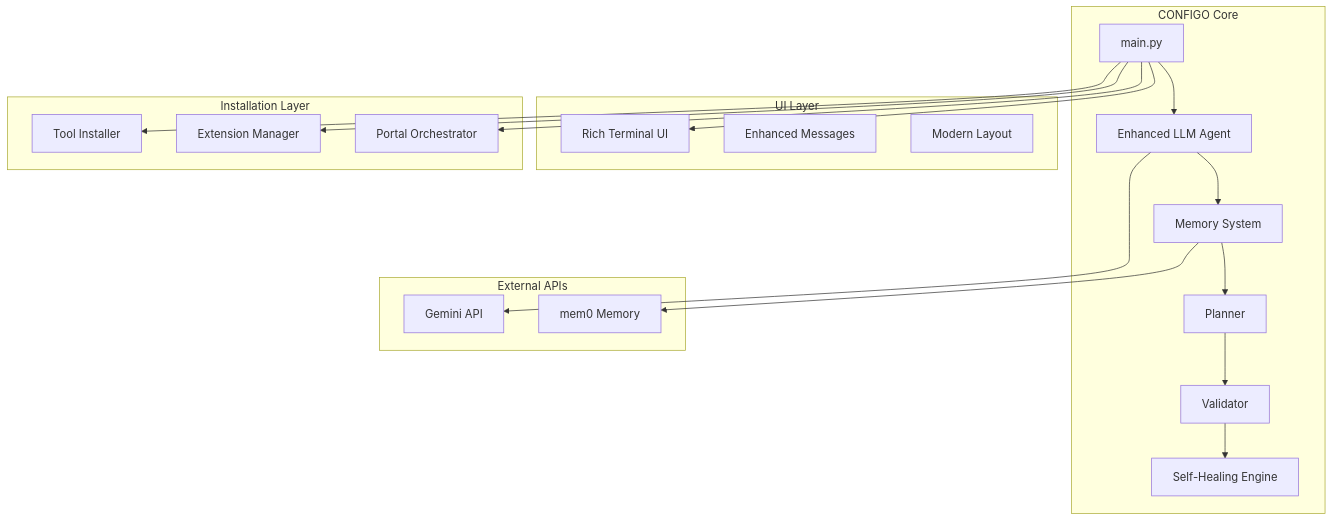
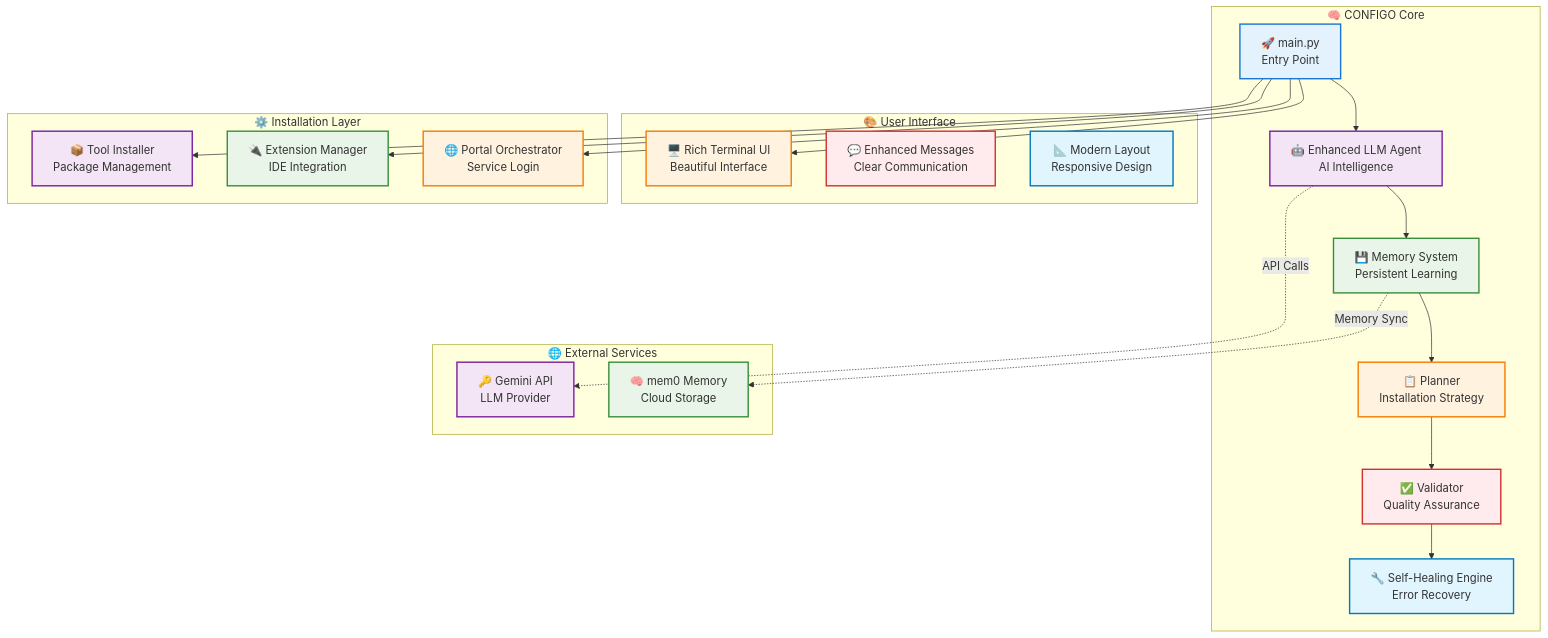
Before and after one commit to KumarCySec/Configo: the second of 2 diagrams in README.md, drawn with Mermaid. The commit also changed other lines of this file and 1 other file, not shown here.

````diff
--- a/README.md
+++ b/README.md
@@ -254,34 +268,49 @@
 ```mermaid
 graph TB
-    subgraph "CONFIGO Core"
-        A[main.py] --> B[Enhanced LLM Agent]
-        B --> C[Memory System]
-        C --> D[Planner]
-        D --> E[Validator]
-        E --> F[Self-Healing Engine]
+    subgraph "🧠 CONFIGO Core"
+        A[🚀 main.py<br/>Entry Point] --> B[🤖 Enhanced LLM Agent<br/>AI Intelligence]
+        B --> C[💾 Memory System<br/>Persistent Learning]
+        C --> D[📋 Planner<br/>Installation Strategy]
+        D --> E[✅ Validator<br/>Quality Assurance]
+        E --> F[🔧 Self-Healing Engine<br/>Error Recovery]
     end
     
-    subgraph "External APIs"
-        G[Gemini API]
-        H[mem0 Memory]
+    subgraph "🌐 External Services"
+        G[🔑 Gemini API<br/>LLM Provider]
+        H[🧠 mem0 Memory<br/>Cloud Storage]
     end
     
-    subgraph "UI Layer"
-        I[Rich Terminal UI]
-        J[Enhanced Messages]
-        K[Modern Layout]
+    subgraph "🎨 User Interface"
+        I[🖥️ Rich Terminal UI<br/>Beautiful Interface]
+        J[💬 Enhanced Messages<br/>Clear Communication]
+        K[📐 Modern Layout<br/>Responsive Design]
     end
     
-    subgraph "Installation Layer"
-        L[Tool Installer]
-        M[Extension Manager]
-        N[Portal Orchestrator]
+    subgraph "⚙️ Installation Layer"
+        L[📦 Tool Installer<br/>Package Management]
+        M[🔌 Extension Manager<br/>IDE Integration]
+        N[🌐 Portal Orchestrator<br/>Service Login]
     end
     
-    B --> G
-    C --> H
+    B -.->|API Calls| G
+    C -.->|Memory Sync| H
     A --> I
     A --> L
     A --> M
     A --> N
+    
+    style A fill:#e3f2fd,stroke:#1976d2,stroke-width:2px
+    style B fill:#f3e5f5,stroke:#7b1fa2,stroke-width:2px
+    style C fill:#e8f5e8,stroke:#388e3c,stroke-width:2px
+    style D fill:#fff3e0,stroke:#f57c00,stroke-width:2px
+    style E fill:#ffebee,stroke:#d32f2f,stroke-width:2px
+    style F fill:#e1f5fe,stroke:#0277bd,stroke-width:2px
+    style G fill:#f3e5f5,stroke:#7b1fa2,stroke-width:2px
+    style H fill:#e8f5e8,stroke:#388e3c,stroke-width:2px
+    style I fill:#fff3e0,stroke:#f57c00,stroke-width:2px
+    style J fill:#ffebee,stroke:#d32f2f,stroke-width:2px
+    style K fill:#e1f5fe,stroke:#0277bd,stroke-width:2px
+    style L fill:#f3e5f5,stroke:#7b1fa2,stroke-width:2px
+    style M fill:#e8f5e8,stroke:#388e3c,stroke-width:2px
+    style N fill:#fff3e0,stroke:#f57c00,stroke-width:2px
 ```
````
